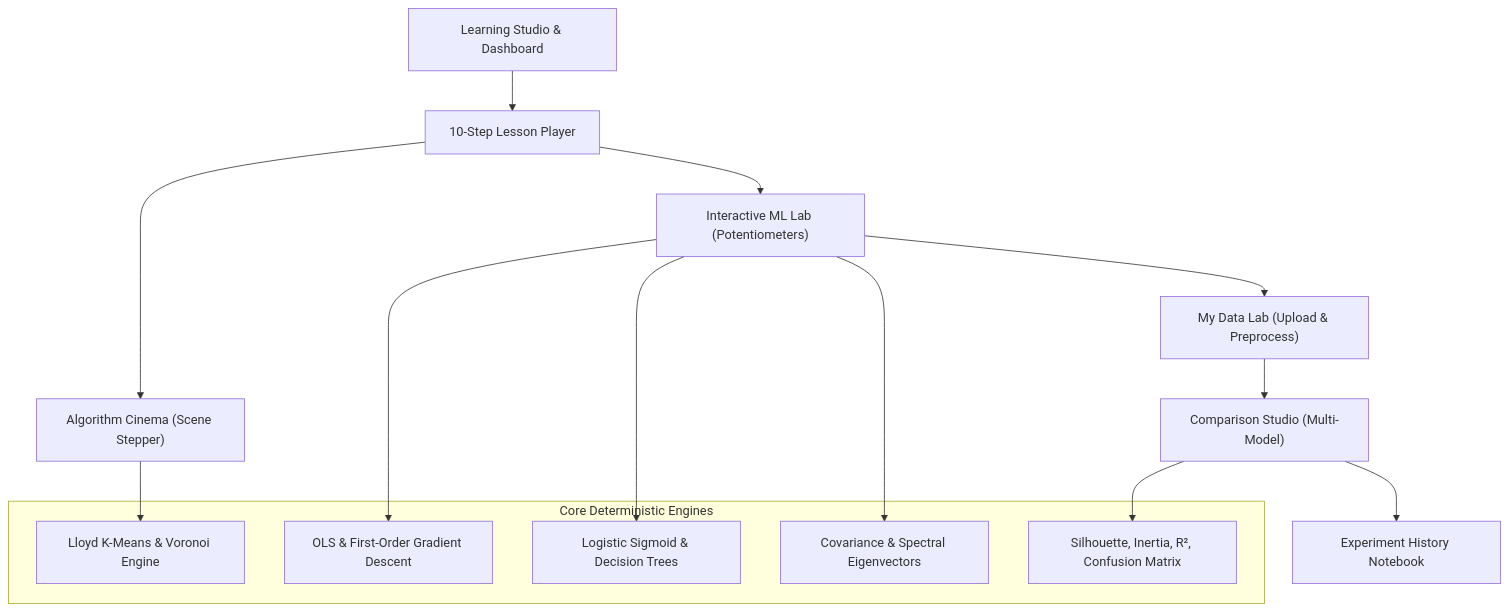
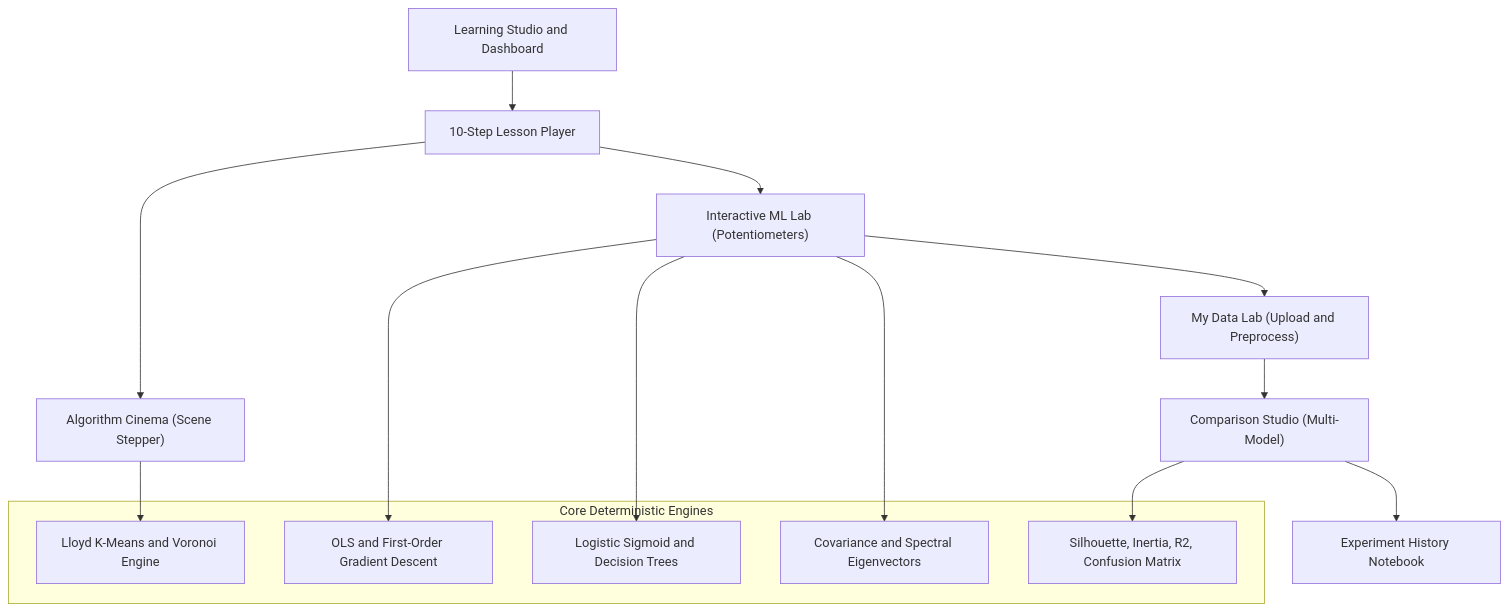
The diagram in README.md (VaibhavChaudhary14/MLinMotion), drawn with Mermaid before and after one commit. The commit also changed other lines of this file and 35 other files, not shown here.

````diff
--- a/README.md
+++ b/README.md
@@ -16,23 +16,23 @@
 ```mermaid
 flowchart TD
-    Dashboard["Learning Studio & Dashboard"] --> Lesson["10-Step Lesson Player"]
+    Dashboard["Learning Studio and Dashboard"] --> Lesson["10-Step Lesson Player"]
     Lesson --> Cinema["Algorithm Cinema (Scene Stepper)"]
     Lesson --> Lab["Interactive ML Lab (Potentiometers)"]
-    Lab --> MyDataLab["My Data Lab (Upload & Preprocess)"]
+    Lab --> MyDataLab["My Data Lab (Upload and Preprocess)"]
     MyDataLab --> Compare["Comparison Studio (Multi-Model)"]
     Compare --> Notebook["Experiment History Notebook"]
 
-    subgraph Engines ["Core Deterministic Engines"]
-        KMeansEng["Lloyd K-Means & Voronoi Engine"]
-        RegEng["OLS & First-Order Gradient Descent"]
-        ClassEng["Logistic Sigmoid & Decision Trees"]
-        PcaEng["Covariance & Spectral Eigenvectors"]
-        MetricEng["Silhouette, Inertia, R², Confusion Matrix"]
+    subgraph Engines["Core Deterministic Engines"]
+        KMeansEng["Lloyd K-Means and Voronoi Engine"]
+        RegEng["OLS and First-Order Gradient Descent"]
+        ClassEng["Logistic Sigmoid and Decision Trees"]
+        PcaEng["Covariance and Spectral Eigenvectors"]
+        MetricEng["Silhouette, Inertia, R2, Confusion Matrix"]
     end
 
     Cinema --> KMeansEng
     Lab --> RegEng
     Lab --> ClassEng
     Lab --> PcaEng
     Compare --> MetricEng
 ```
````
